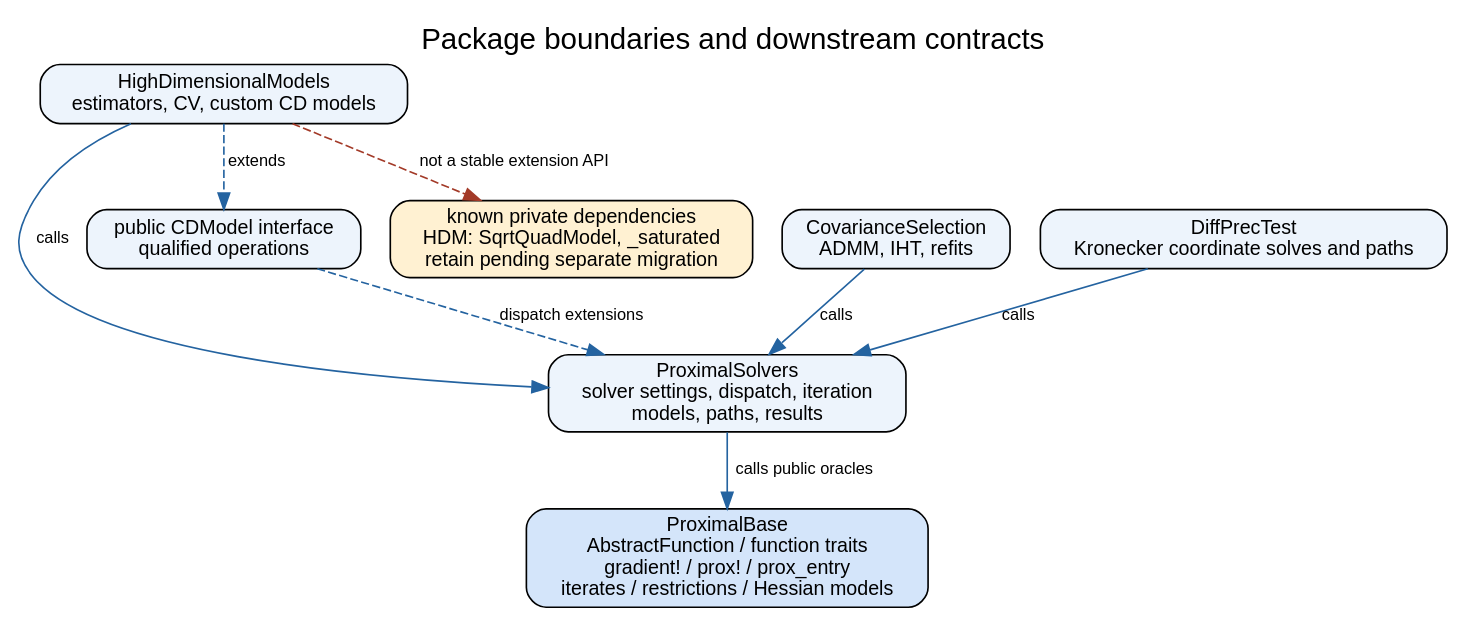
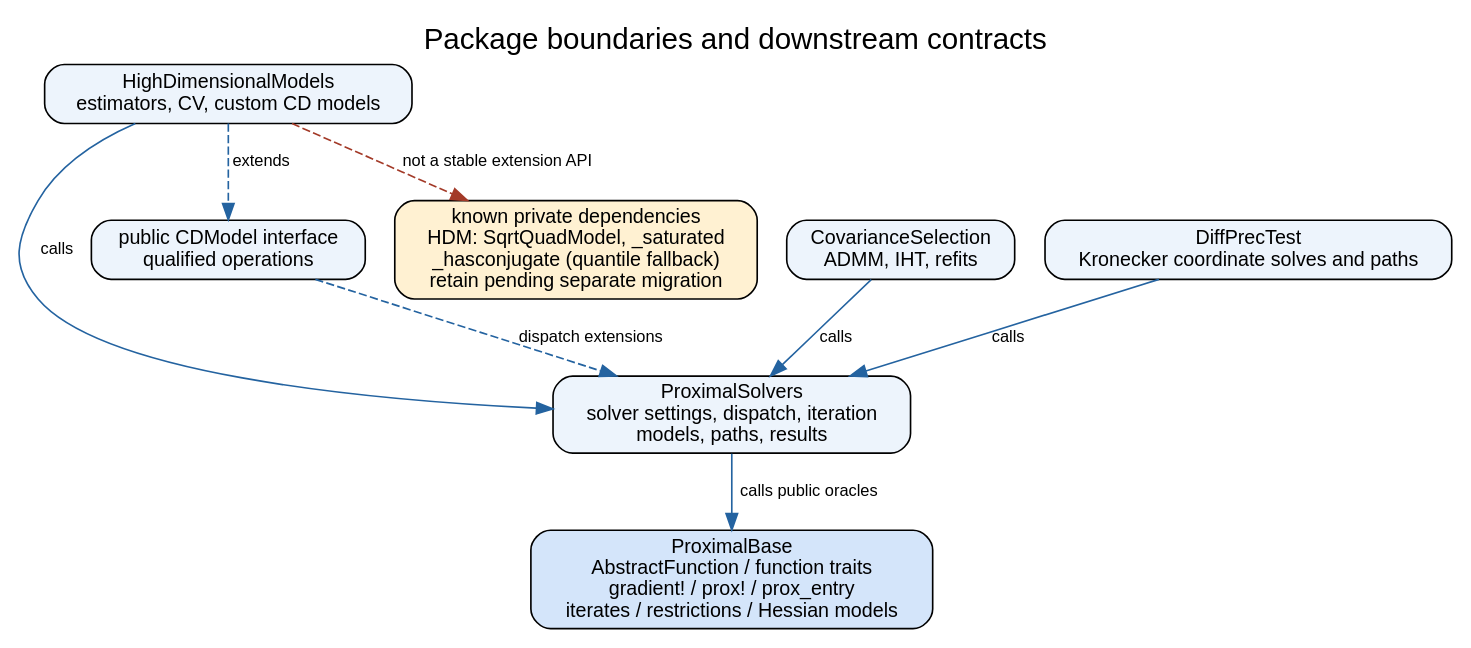
The diagram in docs/architecture/boundaries.dot (mlakolar/ProximalSolvers.jl), drawn with Graphviz before and after one commit. The commit also changed 47 other files, not shown here.

```diff
--- a/docs/architecture/boundaries.dot
+++ b/docs/architecture/boundaries.dot
@@ -1,17 +1,17 @@
 digraph boundaries {
   graph [rankdir=TB, bgcolor="white", label="Package boundaries and downstream contracts", labelloc=t, fontname="Helvetica", fontsize=18];
   node [shape=box, style="rounded,filled", fillcolor="#edf4fc", fontname="Helvetica", fontsize=12];
   edge [fontname="Helvetica", fontsize=10, color="#2463a0"];
   base [label="ProximalBase\nAbstractFunction / function traits\ngradient! / prox! / prox_entry\niterates / restrictions / Hessian models", fillcolor="#d4e5fa"];
   solvers [label="ProximalSolvers\nsolver settings, dispatch, iteration\nmodels, paths, results"];
   model [label="public CDModel interface\nqualified operations"];
   hdm [label="HighDimensionalModels\nestimators, CV, custom CD models"];
   cov [label="CovarianceSelection\nADMM, IHT, refits"];
   diff [label="DiffPrecTest\nKronecker coordinate solves and paths"];
-  private [label="known private dependencies\nHDM: SqrtQuadModel, _saturated\nretain pending separate migration", fillcolor="#fff1d2"];
+  private [label="known private dependencies\nHDM: SqrtQuadModel, _saturated\n_hasconjugate (quantile fallback)\nretain pending separate migration", fillcolor="#fff1d2"];
   solvers -> base [label="calls public oracles"];
   model -> solvers [style=dashed, label="dispatch extensions"];
   {hdm cov diff} -> solvers [label="calls"];
   hdm -> model [style=dashed, label="extends"];
   hdm -> private [style=dashed, color="#a33a28", label="not a stable extension API"];
 }
```
